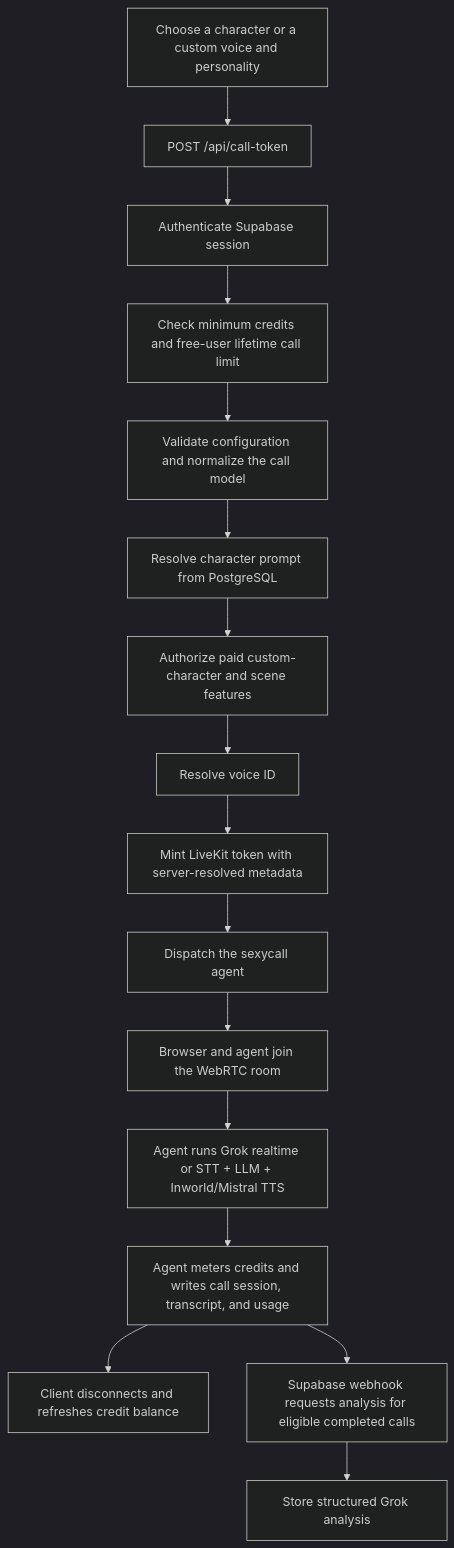
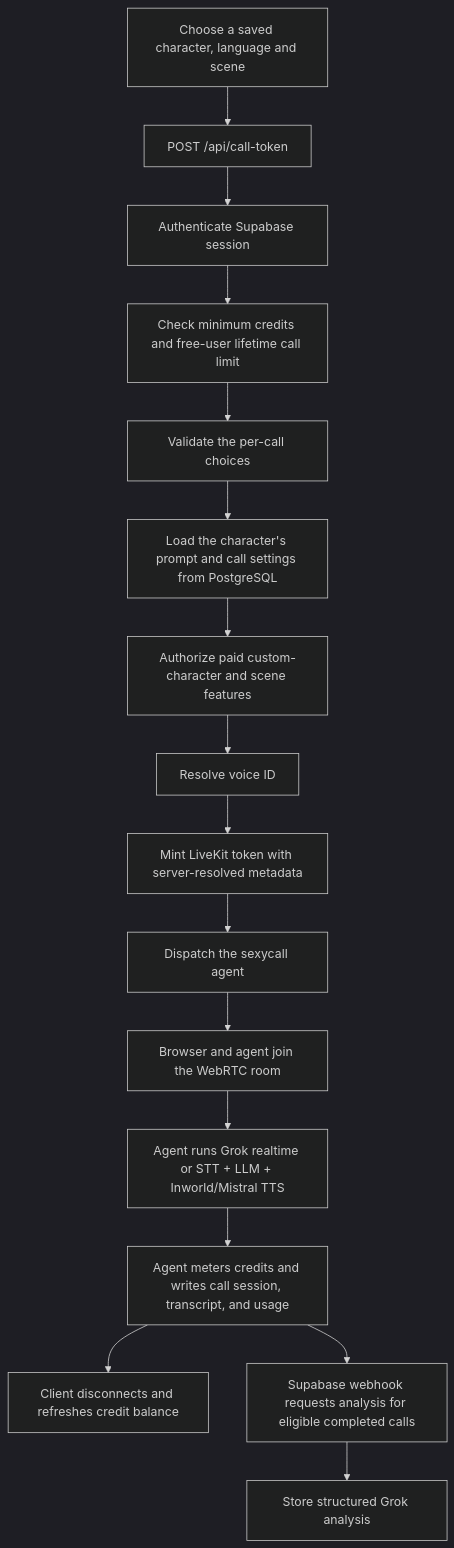
One commit to gianpaj/sexyvoice changed the fifth of 5 diagrams in ARCHITECTURE.md. Above: the diagram before and after it, drawn with Mermaid (dark theme). The commit also changed other lines of this file and 36 other files, not shown here.

````diff
--- a/ARCHITECTURE.md
+++ b/ARCHITECTURE.md
@@ -441,18 +439,18 @@
 ```mermaid
 flowchart TD
-    A["Choose a character or a custom voice and personality"] --> B["POST /api/call-token"]
+    A["Choose a saved character, language and scene"] --> B["POST /api/call-token"]
     B --> C["Authenticate Supabase session"]
     C --> D["Check minimum credits and free-user lifetime call limit"]
-    D --> E["Validate configuration and normalize the call model"]
-    E --> F["Resolve character prompt from PostgreSQL"]
+    D --> E["Validate the per-call choices"]
+    E --> F["Load the character's prompt and call settings from PostgreSQL"]
     F --> G["Authorize paid custom-character and scene features"]
     G --> H["Resolve voice ID"]
     H --> I["Mint LiveKit token with server-resolved metadata"]
     I --> J["Dispatch the sexycall agent"]
     J --> K["Browser and agent join the WebRTC room"]
     K --> L["Agent runs Grok realtime or STT + LLM + Inworld/Mistral TTS"]
     L --> M["Agent meters credits and writes call session, transcript, and usage"]
     M --> N["Client disconnects and refreshes credit balance"]
     M --> O["Supabase webhook requests analysis for eligible completed calls"]
     O --> P["Store structured Grok analysis"]
 ```
````
